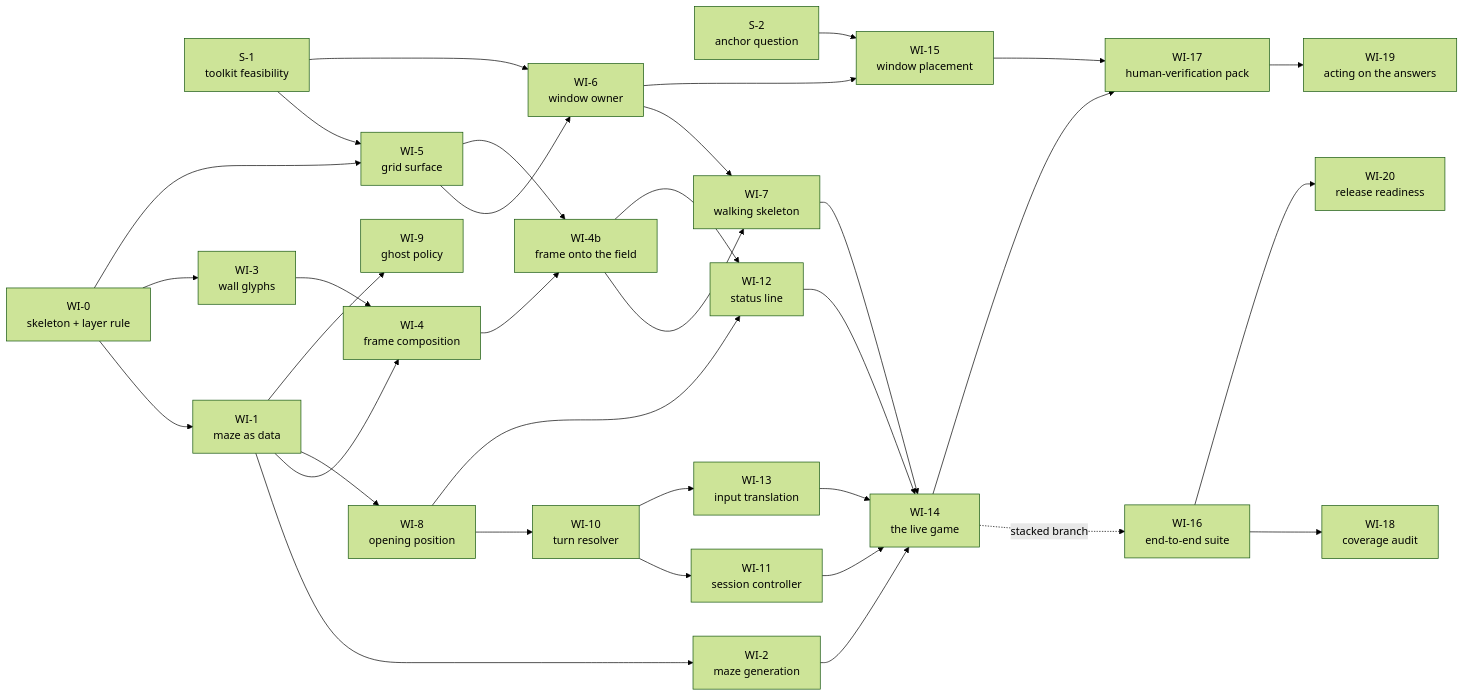
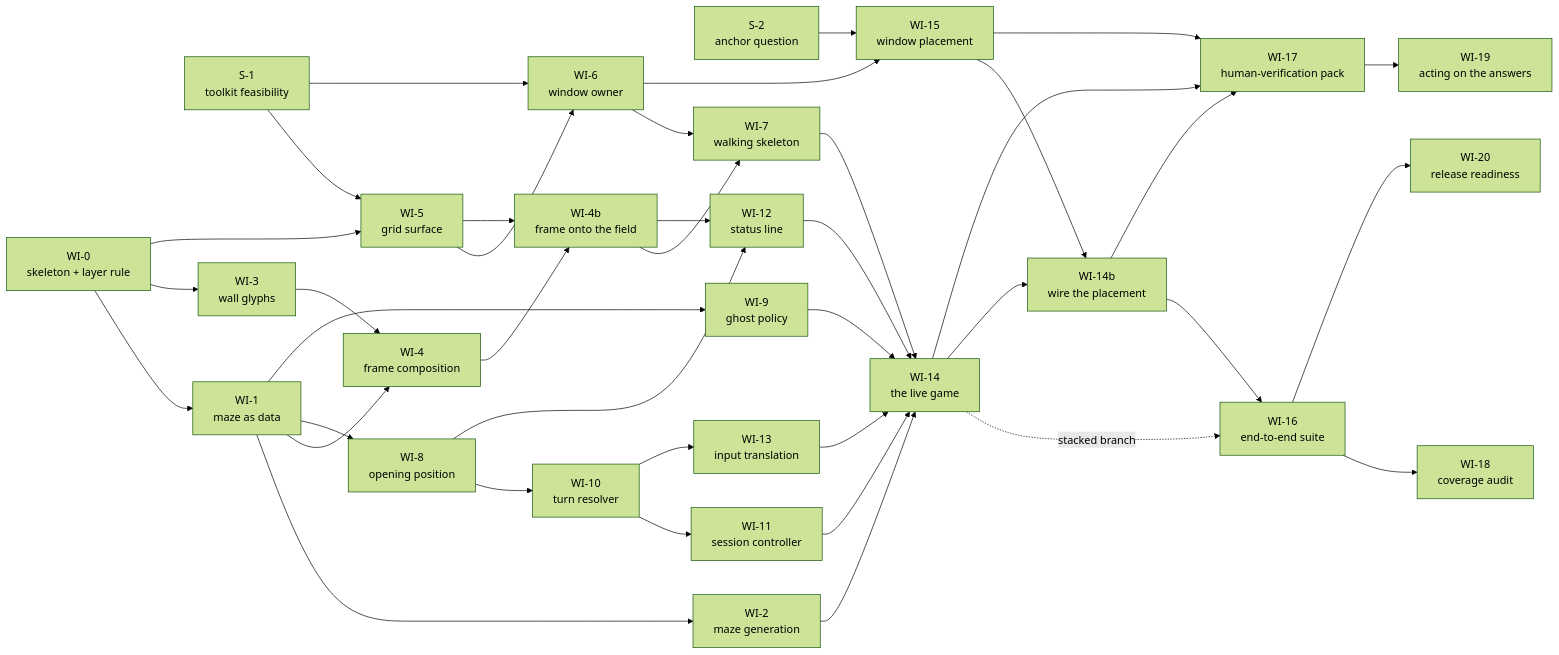
One commit to replicant1/NewTerminalGame changed the second of 2 diagrams in docs/IMPLEMENTATION_PLAN.md. Above: the diagram before and after it, drawn with Mermaid (forest theme). The commit also changed other lines of this file and 1 other file, not shown here.

First line of the commit message:
AMEND-1: add WI-14b, and the graph check that would have prevented it

````diff
--- a/docs/IMPLEMENTATION_PLAN.md
+++ b/docs/IMPLEMENTATION_PLAN.md
@@ -1217,60 +1250,66 @@
 ```mermaid
 flowchart LR
   S1["S-1<br/>toolkit feasibility"]
   S2["S-2<br/>anchor question"]
   WI0["WI-0<br/>skeleton + layer rule"]
   WI1["WI-1<br/>maze as data"]
   WI3["WI-3<br/>wall glyphs"]
   WI5["WI-5<br/>grid surface"]
   WI2["WI-2<br/>maze generation"]
   WI4["WI-4<br/>frame composition"]
   WI6["WI-6<br/>window owner"]
   WI4b["WI-4b<br/>frame onto the field"]
   WI7["WI-7<br/>walking skeleton"]
   WI8["WI-8<br/>opening position"]
   WI9["WI-9<br/>ghost policy"]
   WI10["WI-10<br/>turn resolver"]
   WI11["WI-11<br/>session controller"]
   WI12["WI-12<br/>status line"]
   WI13["WI-13<br/>input translation"]
   WI15["WI-15<br/>window placement"]
   WI14["WI-14<br/>the live game"]
+  WI14b["WI-14b<br/>wire the placement"]
   WI16["WI-16<br/>end-to-end suite"]
   WI17["WI-17<br/>human-verification pack"]
   WI18["WI-18<br/>coverage audit"]
   WI19["WI-19<br/>acting on the answers"]
   WI20["WI-20<br/>release readiness"]
 
   WI0 --> WI1 --> WI2
   WI0 --> WI3
   WI0 --> WI5
   S1 --> WI5
   WI1 --> WI4
   WI3 --> WI4
   WI5 --> WI6
   S1 --> WI6
   WI4 --> WI4b
   WI5 --> WI4b
   WI4b --> WI7
   WI4b --> WI12
   WI6 --> WI7
   WI1 --> WI8
   WI1 --> WI9
   WI8 --> WI10
   WI8 --> WI12
   WI10 --> WI11
   WI10 --> WI13
   S2 --> WI15
   WI6 --> WI15
   WI2 --> WI14
   WI7 --> WI14
   WI11 --> WI14
   WI12 --> WI14
   WI13 --> WI14
   WI14 -.->|stacked branch| WI16
   WI16 --> WI18
   WI16 --> WI20
+  WI14 --> WI14b
+  WI15 --> WI14b
+  WI9 --> WI14
+  WI14b --> WI16
+  WI14b --> WI17
   WI14 --> WI17
   WI15 --> WI17
   WI17 --> WI19
 ```
````
